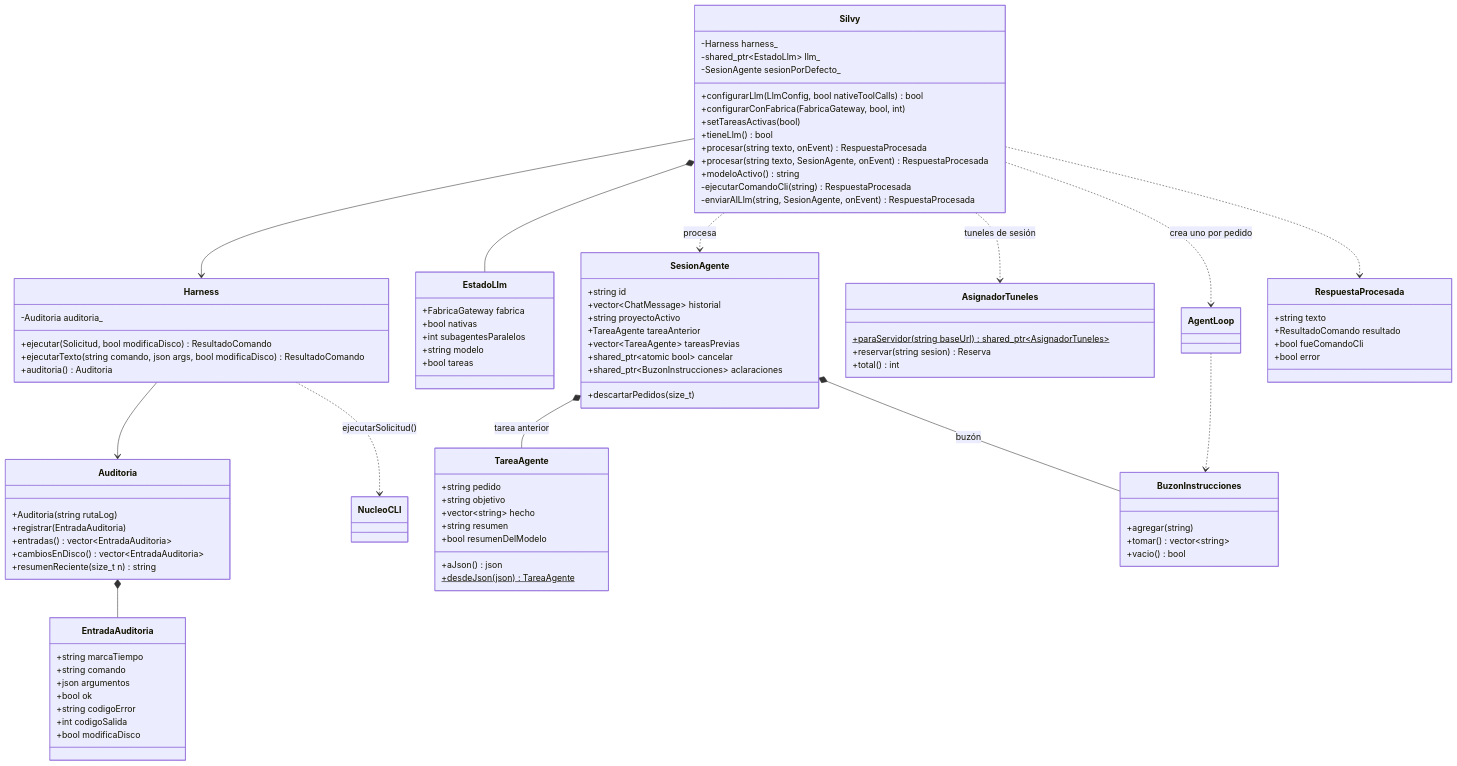
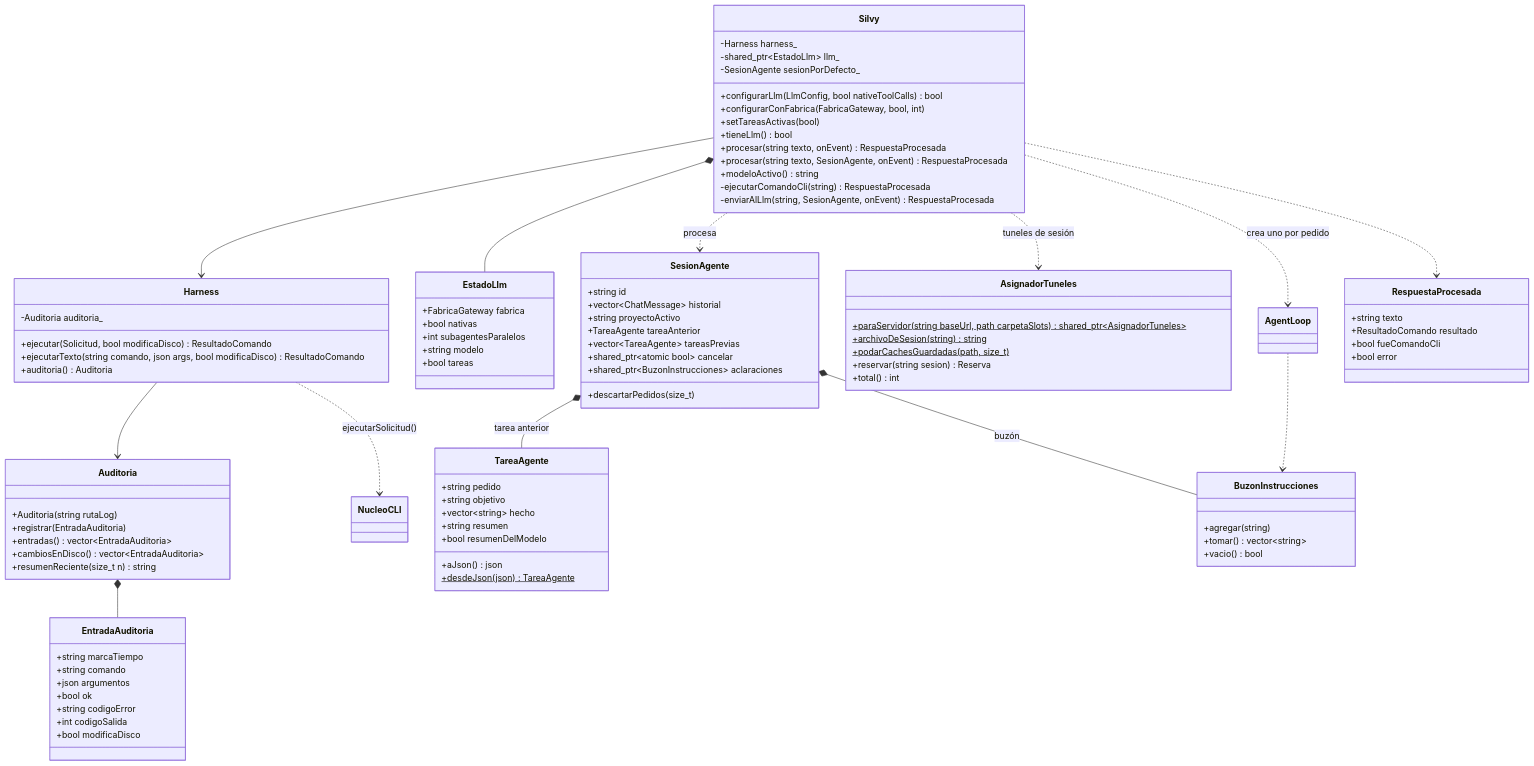
The third of 8 diagrams in doc/uml/DiagramaClases.es.md (FunshiEngine/FunshiEngineCLI), drawn with Mermaid before and after one commit. The commit also changed 3 other files, not shown here.

```diff
--- a/doc/uml/DiagramaClases.es.md
+++ b/doc/uml/DiagramaClases.es.md
@@ -165,7 +165,9 @@
         +vacio() bool
     }
     class AsignadorTuneles {
-        +paraServidor(string baseUrl)$ shared_ptr~AsignadorTuneles~
+        +paraServidor(string baseUrl, path carpetaSlots)$ shared_ptr~AsignadorTuneles~
+        +archivoDeSesion(string)$ string
+        +podarCachesGuardadas(path, size_t)$
         +reservar(string sesion) Reserva
         +total() int
     }
```
